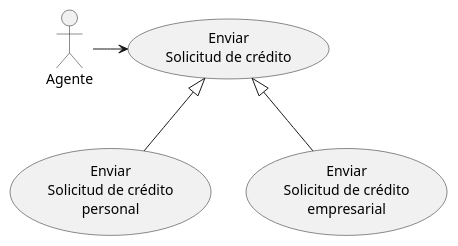
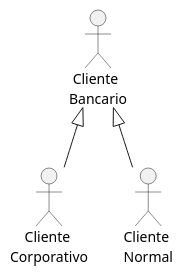
One commit to CorazaNegra/CasosDeUsos2 changed the diagram in CasosDeUsos2.puml. Above: the diagram before and after it, drawn with PlantUML.

Commit message:
ejemplo herencia actores

```diff
--- a/CasosDeUsos2.puml
+++ b/CasosDeUsos2.puml
@@ -1,13 +1,10 @@
 @startuml
 
-actor "Agente" as a
+actor " Cliente\nBancario" as cb
+actor "    Cliente\nCorporativo" as cp
+actor "Cliente\nNormal" as cn
 
-usecase "Enviar\nSolicitud de crédito" as UC1
-usecase "Enviar\nSolicitud de crédito\npersonal" as UC2
-usecase "Enviar\nSolicitud de crédito\nempresarial" as UC3
-
-a -right-> UC1
-UC1 <|-- UC2
-UC1 <|-- UC3
+cb <|-- cp
+cb <|-- cn
 
 @enduml
```
